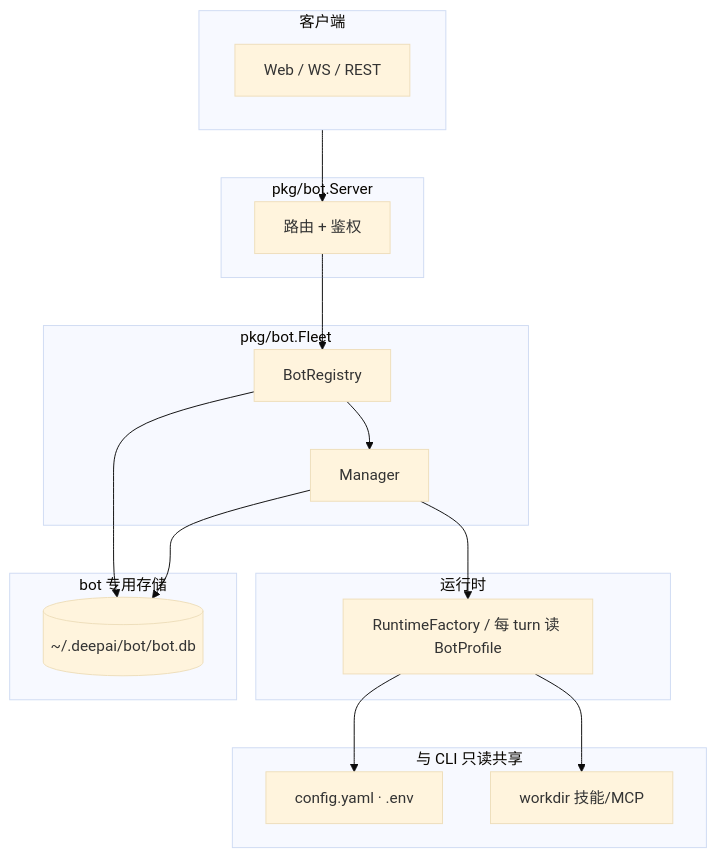
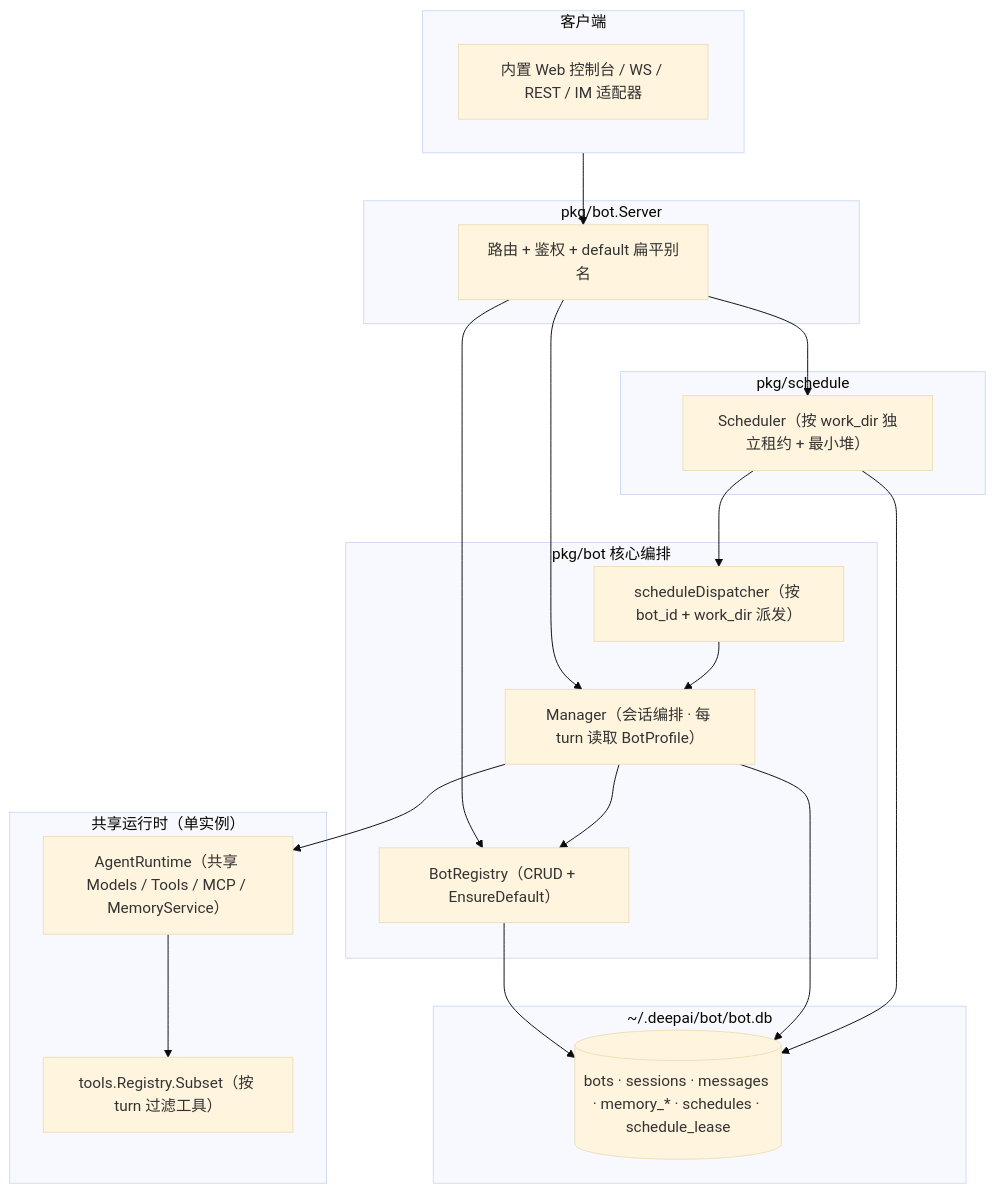
One commit to millken/deepai changed the diagram in docs/BOT_MULTI_DESIGN.md. Above: the diagram before and after it, drawn with Mermaid (base theme). The commit also changed other lines of this file and 3 other files, not shown here.

Commit message:
docs(bot): refine multi-bot & scheduler designs and add BOT_NEXT_DESIGN.md

````diff
--- a/docs/BOT_MULTI_DESIGN.md
+++ b/docs/BOT_MULTI_DESIGN.md
@@ -98,29 +38,34 @@
 ```mermaid
 flowchart TB
   subgraph clients [客户端]
-    Web[Web / WS / REST]
+    Web[内置 Web 控制台 / WS / REST / IM 适配器]
   end
   subgraph server [pkg/bot.Server]
-    R[路由 + 鉴权]
+    R[路由 + 鉴权 + default 扁平别名]
   end
-  subgraph fleet [pkg/bot.Fleet]
-    BR[BotRegistry]
-    M[Manager]
+  subgraph core [pkg/bot 核心编排]
+    BR[BotRegistry（CRUD + EnsureDefault）]
+    M[Manager（会话编排 · 每 turn 读取 BotProfile）]
+    SD[scheduleDispatcher（按 bot_id + work_dir 派发）]
   end
-  subgraph runtime [运行时]
-    RF[RuntimeFactory / 每 turn 读 BotProfile]
+  subgraph runtime [共享运行时（单实例）]
+    AR[AgentRuntime（共享 Models / Tools / MCP / MemoryService）]
+    TF[tools.Registry.Subset（按 turn 过滤工具）]
   end
-  subgraph store [bot 专用存储]
-    BDB[(~/.deepai/bot/bot.db)]
+  subgraph sched [pkg/schedule]
+    SC[Scheduler（按 work_dir 独立租约 + 最小堆）]
   end
-  subgraph shared [与 CLI 只读共享]
-    CFG[config.yaml · .env]
-    WD[workdir 技能/MCP]
+  subgraph store [~/.deepai/bot/bot.db]
+    BDB[(bots · sessions · messages · memory_* · schedules · schedule_lease)]
   end
-  clients --> R --> BR --> M
-  M --> RF
+  clients --> R
+  R --> BR
+  R --> M
+  R --> SC
+  M --> BR
+  M --> AR --> TF
+  SC --> SD --> M
   BR --> BDB
   M --> BDB
-  RF --> CFG
-  RF --> WD
+  SC --> BDB
 ```
````
